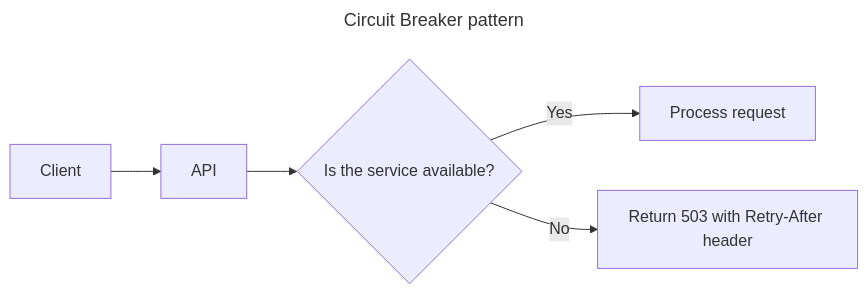
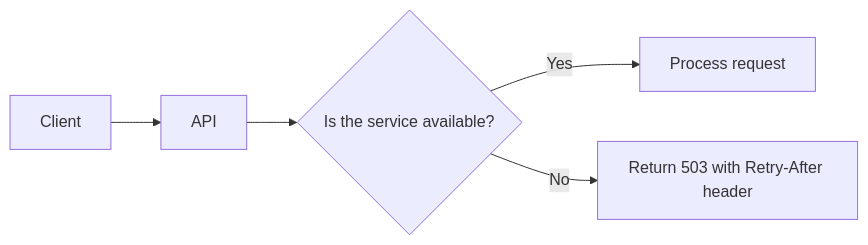
One commit to ioggstream/python-course changed the diagram in connexion-101/040-03-security-availability.md. Above: the diagram before and after it, drawn with Mermaid. The commit also changed 11 other files, not shown here.

Commit message:
add mermaid

````diff
--- a/connexion-101/040-03-security-availability.md
+++ b/connexion-101/040-03-security-availability.md
@@ -20,11 +20,8 @@
 ```mermaid
----
-title: Circuit Breaker pattern
----
 graph LR
 
 A[Client] --> B[API]
 B --> C{Is the service available?}
 C -- Yes --> D[Process request]
 C -- No --> E[Return 503 with Retry-After header]
 ```
````
